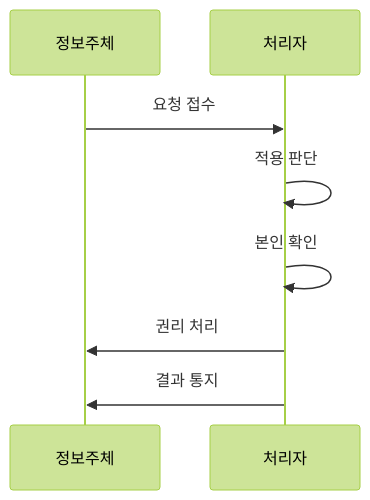
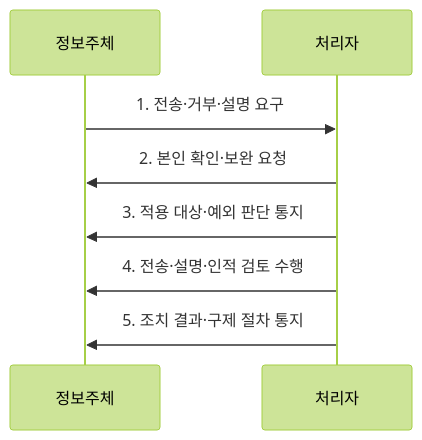
Before and after one commit to agnusdei1207/knowledge-base: the second of 2 diagrams in src/content/docs/notes/07-law-policy/023_pipa_2023_amendment.md, drawn with Mermaid (forest theme). The commit also changed other lines of this file and 9 other files, not shown here.

````diff
--- a/src/content/docs/notes/07-law-policy/023_pipa_2023_amendment.md
+++ b/src/content/docs/notes/07-law-policy/023_pipa_2023_amendment.md
@@ -78,10 +74,10 @@
 ```mermaid
 sequenceDiagram
     participant 정보주체
     participant 처리자
-    정보주체->>처리자: 요청 접수
-    처리자->>처리자: 적용 판단
-    처리자->>처리자: 본인 확인
-    처리자->>정보주체: 권리 처리
-    처리자->>정보주체: 결과 통지
+    정보주체->>처리자: 1. 전송·거부·설명 요구
+    처리자->>정보주체: 2. 본인 확인·보완 요청
+    처리자->>정보주체: 3. 적용 대상·예외 판단 통지
+    처리자->>정보주체: 4. 전송·설명·인적 검토 수행
+    처리자->>정보주체: 5. 조치 결과·구제 절차 통지
 ```
````
